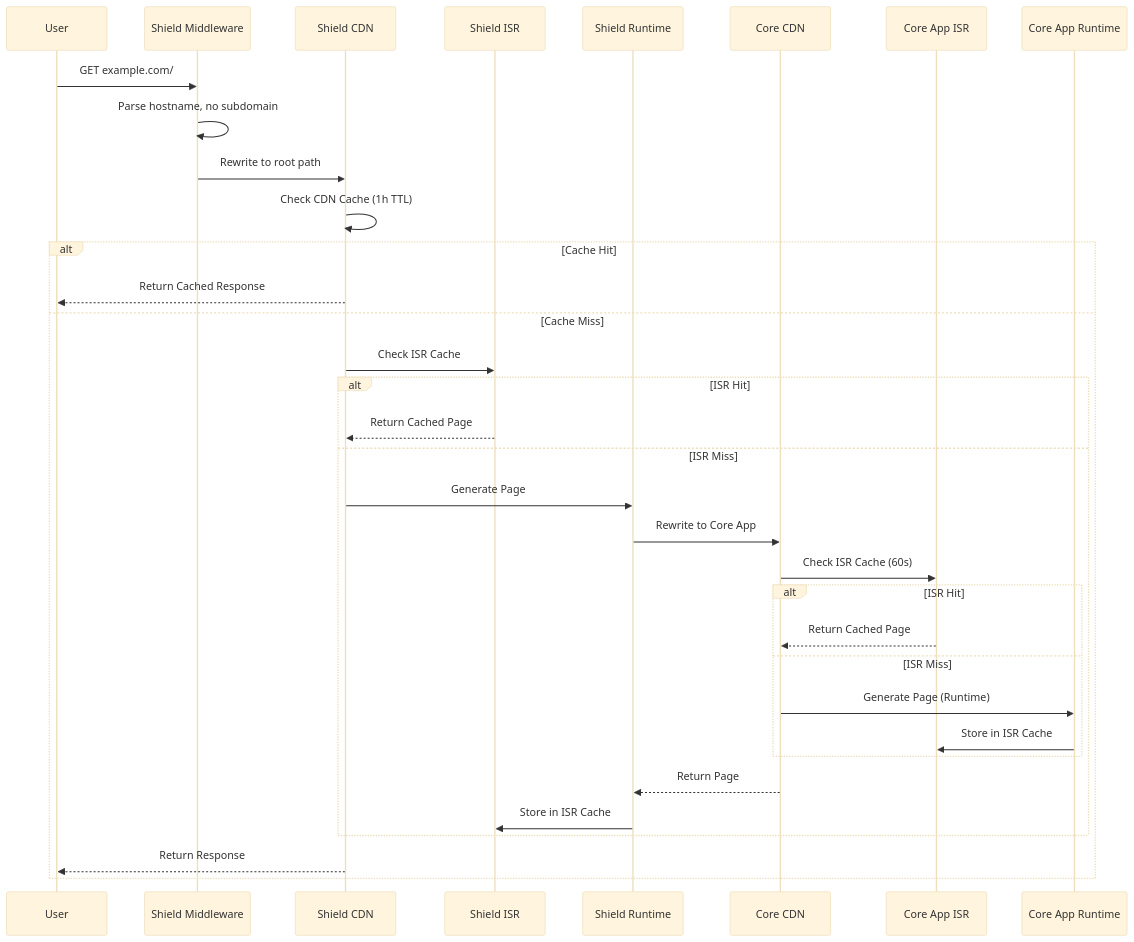
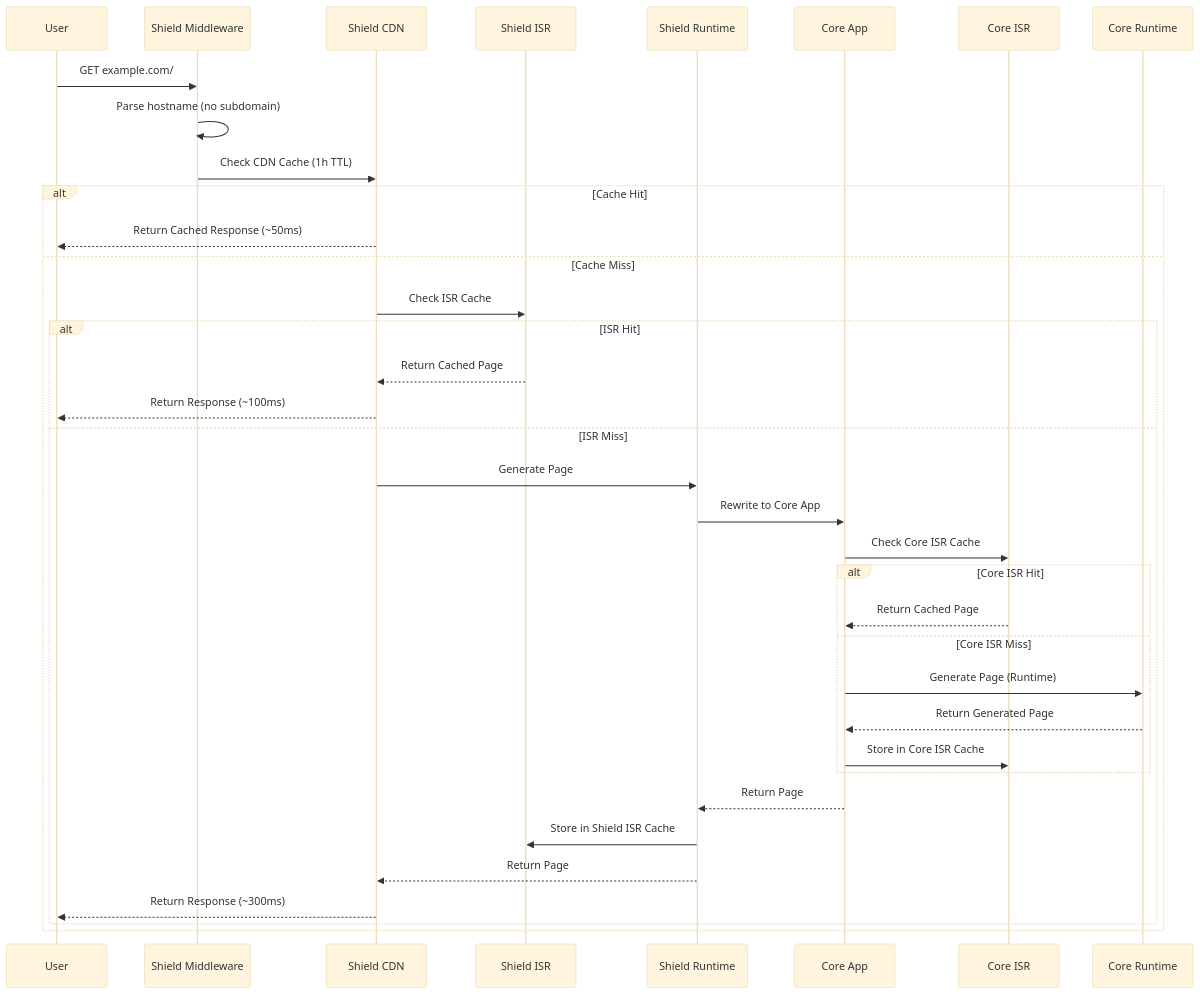
Before and after one commit to vercel-labs/isr-platform-shield: the second of 6 diagrams in docs/ARCHITECTURE.md, drawn with Mermaid (base theme). The commit also changed other lines of this file and 1 other file, not shown here.

````diff
--- a/docs/ARCHITECTURE.md
+++ b/docs/ARCHITECTURE.md
@@ -15,37 +120,40 @@
 ```mermaid
 sequenceDiagram
     participant U as User
-    participant VCL_MW as Shield Middleware
-    participant VCL as Shield CDN
-    participant VCL_ISR as Shield ISR
-    participant VCL_RT as Shield Runtime
-    participant VCA as Core CDN
-    participant VCA_ISR as Core App ISR
-    participant VCA_RT as Core App Runtime
+    participant MW as Shield Middleware
+    participant CDN as Shield CDN
+    participant ISR as Shield ISR
+    participant RT as Shield Runtime
+    participant CORE as Core App
+    participant CORE_ISR as Core ISR
+    participant CORE_RT as Core Runtime
 
-    U->>VCL_MW: GET example.com/
-    VCL_MW->>VCL_MW: Parse hostname, no subdomain
-    VCL_MW->>VCL: Rewrite to root path
-    VCL->>VCL: Check CDN Cache (1h TTL)
+    U->>MW: GET example.com/
+    MW->>MW: Parse hostname (no subdomain)
+    MW->>CDN: Check CDN Cache (1h TTL)
+
     alt Cache Hit
-        VCL-->>U: Return Cached Response
+        CDN-->>U: Return Cached Response (~50ms)
     else Cache Miss
-        VCL->>VCL_ISR: Check ISR Cache
+        CDN->>ISR: Check ISR Cache
         alt ISR Hit
-            VCL_ISR-->>VCL: Return Cached Page
+            ISR-->>CDN: Return Cached Page
+            CDN-->>U: Return Response (~100ms)
         else ISR Miss
-            VCL->>VCL_RT: Generate Page
-            VCL_RT->>VCA: Rewrite to Core App
-            VCA->>VCA_ISR: Check ISR Cache (60s)
-            alt ISR Hit
-                VCA_ISR-->>VCA: Return Cached Page
-            else ISR Miss
-                VCA->>VCA_RT: Generate Page (Runtime)
-                VCA_RT->>VCA_ISR: Store in ISR Cache
+            CDN->>RT: Generate Page
+            RT->>CORE: Rewrite to Core App
+            CORE->>CORE_ISR: Check Core ISR Cache
+            alt Core ISR Hit
+                CORE_ISR-->>CORE: Return Cached Page
+            else Core ISR Miss
+                CORE->>CORE_RT: Generate Page (Runtime)
+                CORE_RT-->>CORE: Return Generated Page
+                CORE->>CORE_ISR: Store in Core ISR Cache
             end
-            VCA-->>VCL_RT: Return Page
-            VCL_RT->>VCL_ISR: Store in ISR Cache
+            CORE-->>RT: Return Page
+            RT->>ISR: Store in Shield ISR Cache
+            RT-->>CDN: Return Page
+            CDN-->>U: Return Response (~300ms)
         end
-        VCL-->>U: Return Response
     end
 ```
````
